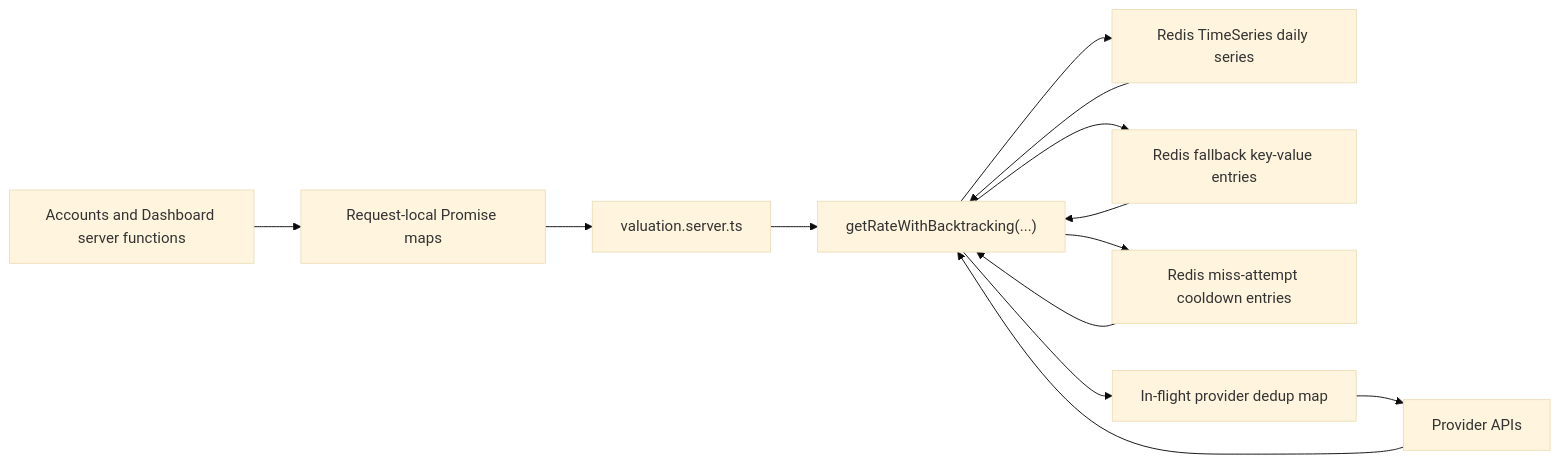
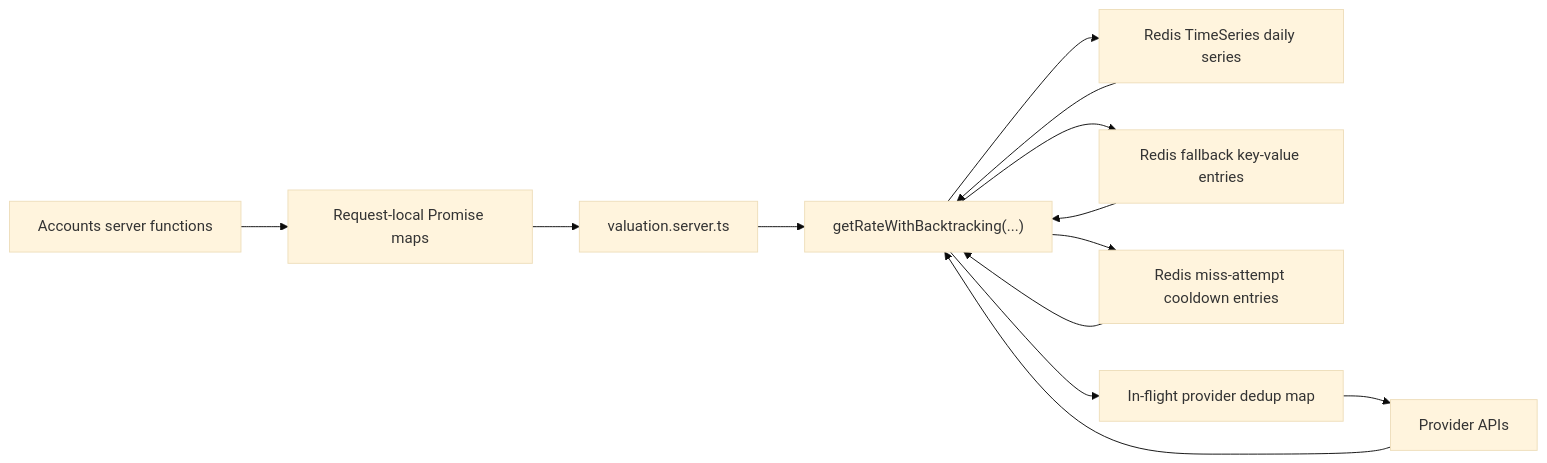
One commit to fxmkdev/cashfolio2 changed the first of 3 diagrams in apps/cashfolio-app2/docs/valuation-caching.md. Above: the diagram before and after it, drawn with Mermaid (base theme). The commit also changed other lines of this file and 22 other files, not shown here.

````diff
--- a/apps/cashfolio-app2/docs/valuation-caching.md
+++ b/apps/cashfolio-app2/docs/valuation-caching.md
@@ -50,15 +48,15 @@
 ```mermaid
 flowchart LR
-  A["Accounts and Dashboard server functions"] --> B["Request-local Promise maps"]
+  A["Accounts server functions"] --> B["Request-local Promise maps"]
   B --> C["valuation.server.ts"]
   C --> D["getRateWithBacktracking(...)"]
   D --> E["Redis TimeSeries daily series"]
   D --> F["Redis fallback key-value entries"]
   D --> H["Redis miss-attempt cooldown entries"]
   D --> I["In-flight provider dedup map"]
   I --> G["Provider APIs"]
   G --> D
   E --> D
   F --> D
   H --> D
 ```
````
